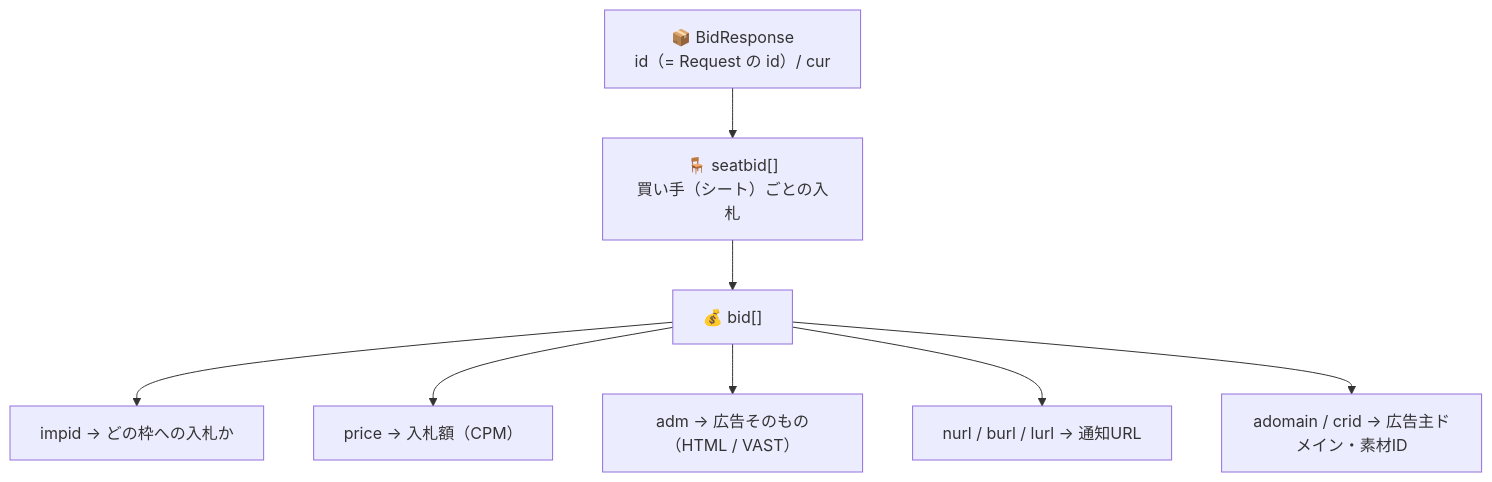
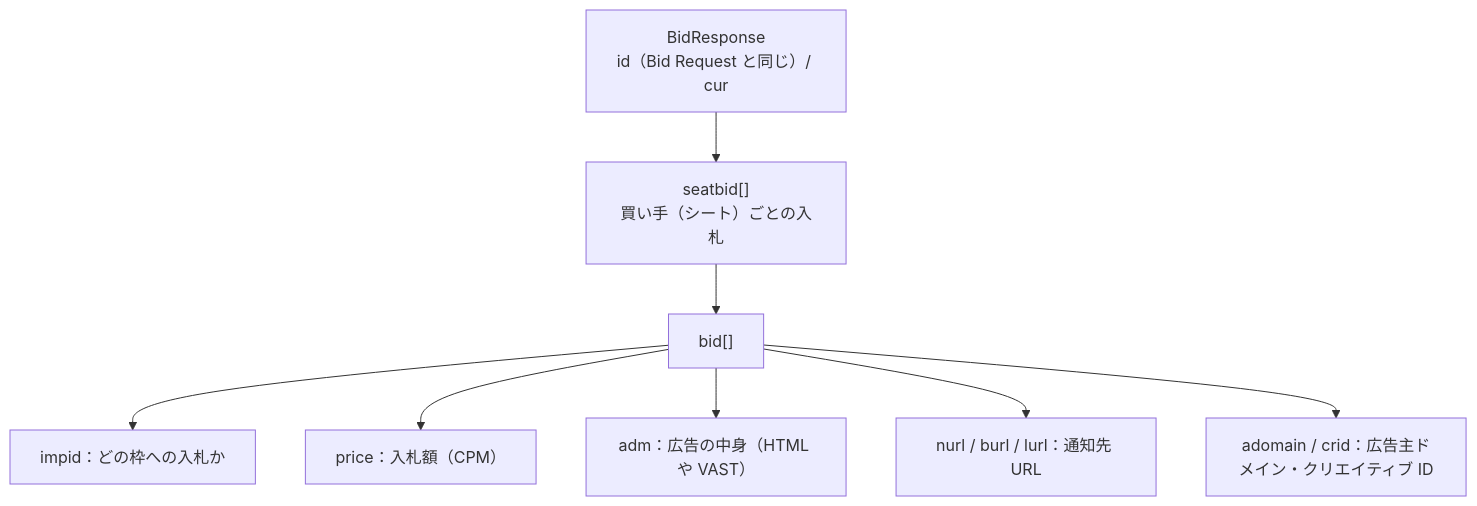
Before and after one commit to yasut0ra/rtb-study: the second of 3 diagrams in docs/03-openrtb.md, drawn with Mermaid. The commit also changed other lines of this file and 36 other files, not shown here.

````diff
--- a/docs/03-openrtb.md
+++ b/docs/03-openrtb.md
@@ -115,11 +119,11 @@
 ```mermaid
 flowchart TB
-    RES["📦 BidResponse<br/>id（= Request の id）/ cur"]
-    RES --> SB["🪑 seatbid[]<br/>買い手（シート）ごとの入札"]
-    SB --> BID["💰 bid[]"]
-    BID --> B1["impid → どの枠への入札か"]
-    BID --> B2["price → 入札額（CPM）"]
-    BID --> B3["adm → 広告そのもの（HTML / VAST）"]
-    BID --> B4["nurl / burl / lurl → 通知URL"]
-    BID --> B5["adomain / crid → 広告主ドメイン・素材ID"]
+    RES["BidResponse<br/>id（Bid Request と同じ）/ cur"]
+    RES --> SB["seatbid[]<br/>買い手（シート）ごとの入札"]
+    SB --> BID["bid[]"]
+    BID --> B1["impid：どの枠への入札か"]
+    BID --> B2["price：入札額（CPM）"]
+    BID --> B3["adm：広告の中身（HTML や VAST）"]
+    BID --> B4["nurl / burl / lurl：通知先 URL"]
+    BID --> B5["adomain / crid：広告主ドメイン・クリエイティブ ID"]
 ```
````
